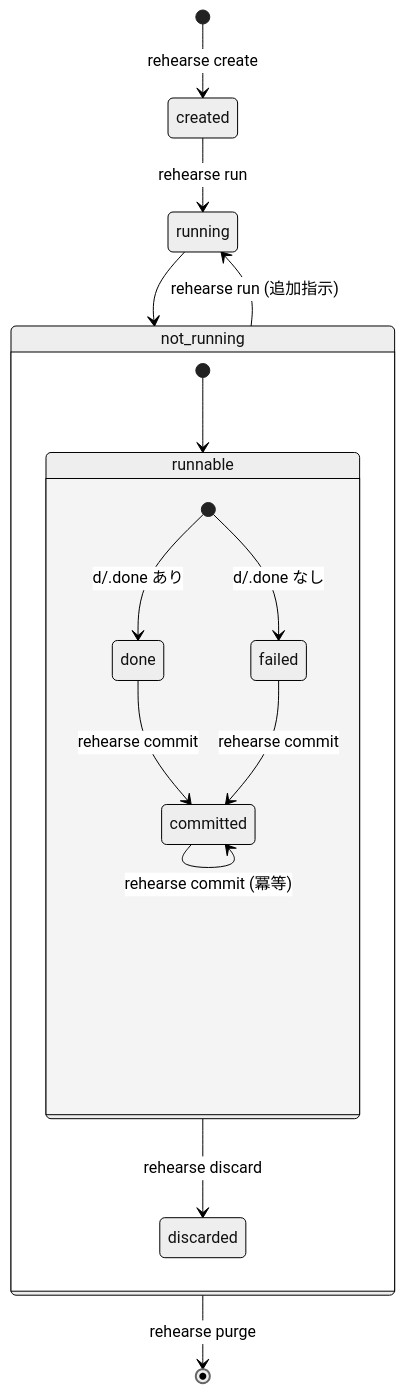
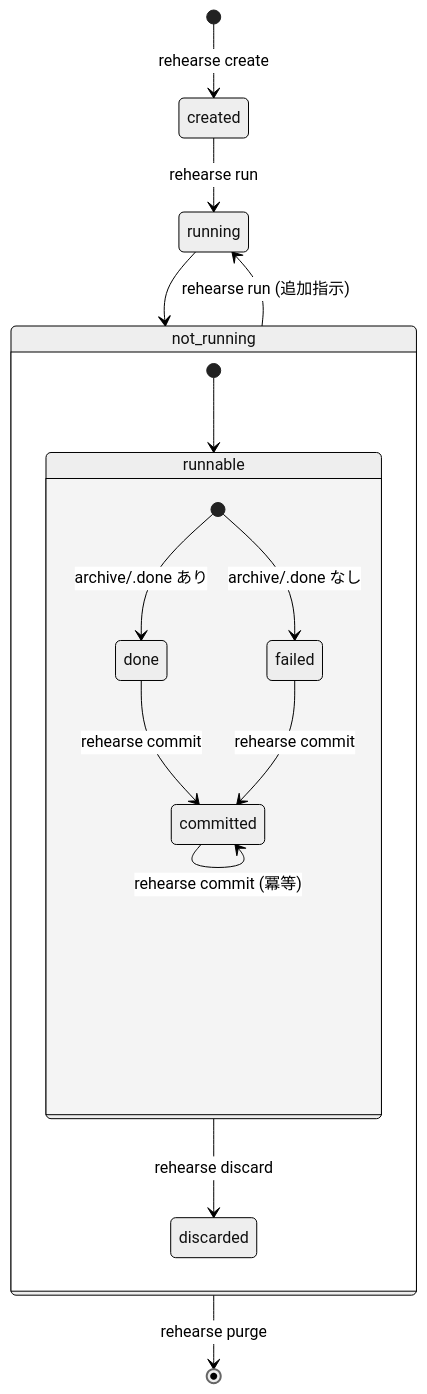
Before and after one commit to t13a/rehearse: the diagram in docs/lifecycle.md, drawn with Mermaid (neutral theme). The commit also changed other lines of this file and 15 other files, not shown here.

````diff
--- a/docs/lifecycle.md
+++ b/docs/lifecycle.md
@@ -5,19 +5,19 @@
 ```mermaid
 stateDiagram-v2
     [*] --> created : rehearse create
     created --> running : rehearse run
     running --> not_running
     state not_running { 
       [*] --> runnable
       state runnable {
-        [*] --> done : d/.done あり
-        [*] --> failed : d/.done なし
+        [*] --> done : archive/.done あり
+        [*] --> failed : archive/.done なし
         done --> committed : rehearse commit
         failed --> committed : rehearse commit
         committed --> committed : rehearse commit (冪等)
       }
       runnable --> discarded : rehearse discard
     }
     not_running --> running : rehearse run (追加指示)
     not_running --> [*] : rehearse purge
 ```
````
